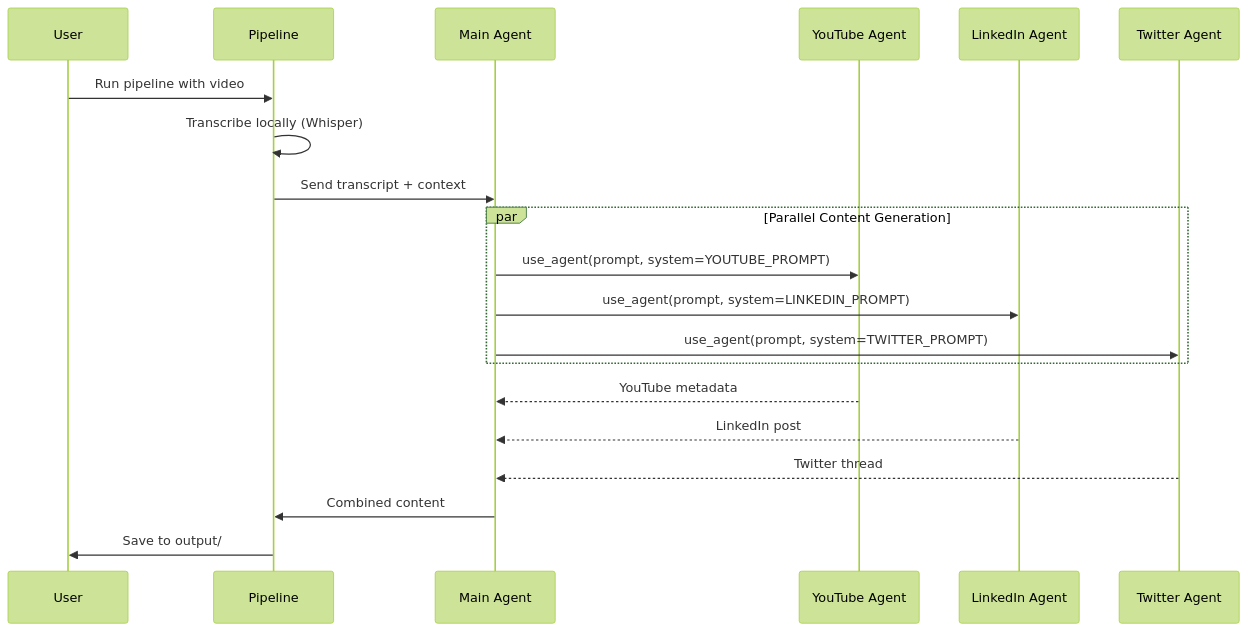
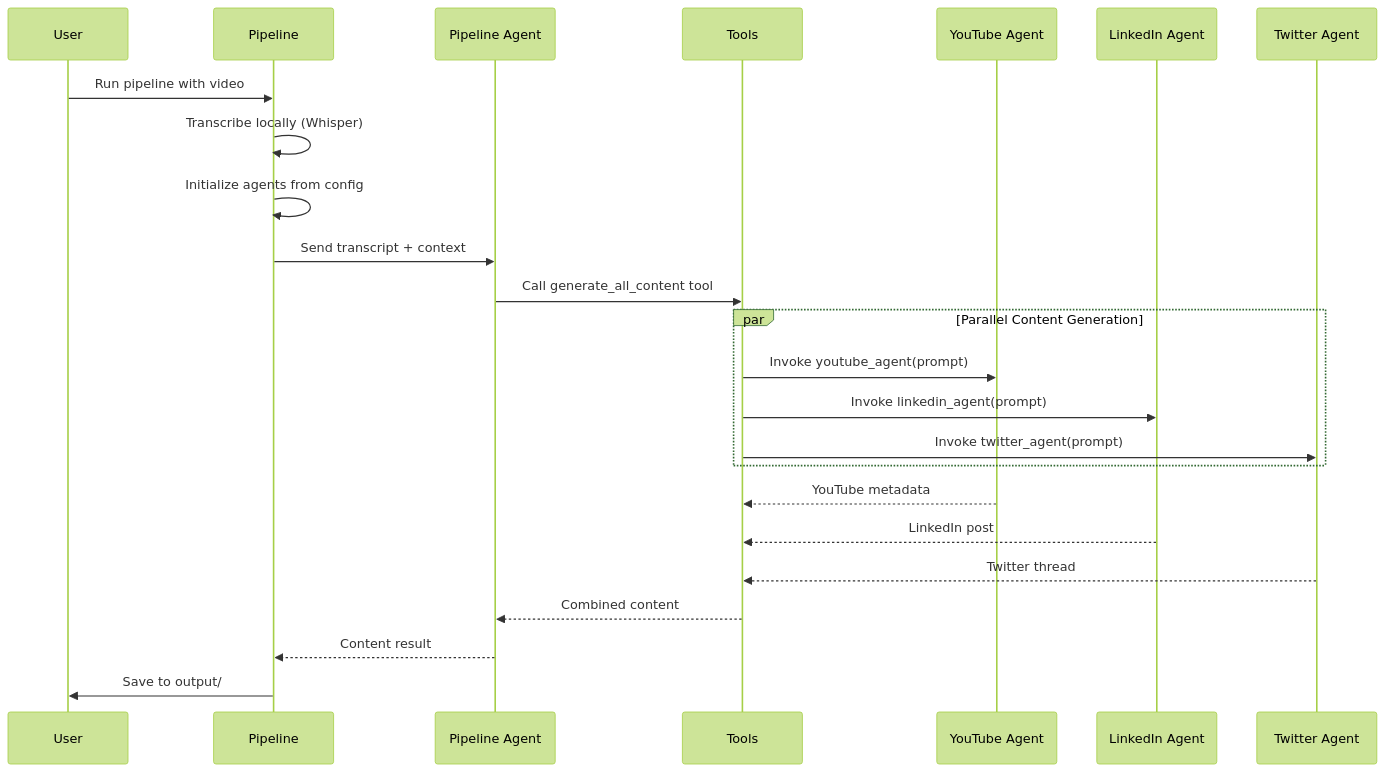
The second of 2 diagrams in README.md (labeveryday/content-copy-pipeline), drawn with Mermaid (forest theme) before and after one commit. The commit also changed other lines of this file, not shown here.

First line of the commit message:
Fix README architecture documentation to reflect persistent agent pattern

````diff
--- a/README.md
+++ b/README.md
@@ -107,26 +118,31 @@
 ```mermaid
 sequenceDiagram
     participant U as User
     participant P as Pipeline
-    participant M as Main Agent
+    participant M as Pipeline Agent
+    participant T as Tools
     participant Y as YouTube Agent
     participant L as LinkedIn Agent
-    participant T as Twitter Agent
+    participant TW as Twitter Agent
 
     U->>P: Run pipeline with video
     P->>P: Transcribe locally (Whisper)
+    P->>P: Initialize agents from config
     P->>M: Send transcript + context
 
+    M->>T: Call generate_all_content tool
+
     par Parallel Content Generation
-        M->>Y: use_agent(prompt, system=YOUTUBE_PROMPT)
-        M->>L: use_agent(prompt, system=LINKEDIN_PROMPT)
-        M->>T: use_agent(prompt, system=TWITTER_PROMPT)
+        T->>Y: Invoke youtube_agent(prompt)
+        T->>L: Invoke linkedin_agent(prompt)
+        T->>TW: Invoke twitter_agent(prompt)
     end
 
-    Y-->>M: YouTube metadata
-    L-->>M: LinkedIn post
-    T-->>M: Twitter thread
+    Y-->>T: YouTube metadata
+    L-->>T: LinkedIn post
+    TW-->>T: Twitter thread
 
-    M->>P: Combined content
+    T-->>M: Combined content
+    M-->>P: Content result
     P->>U: Save to output/
 ```
````
